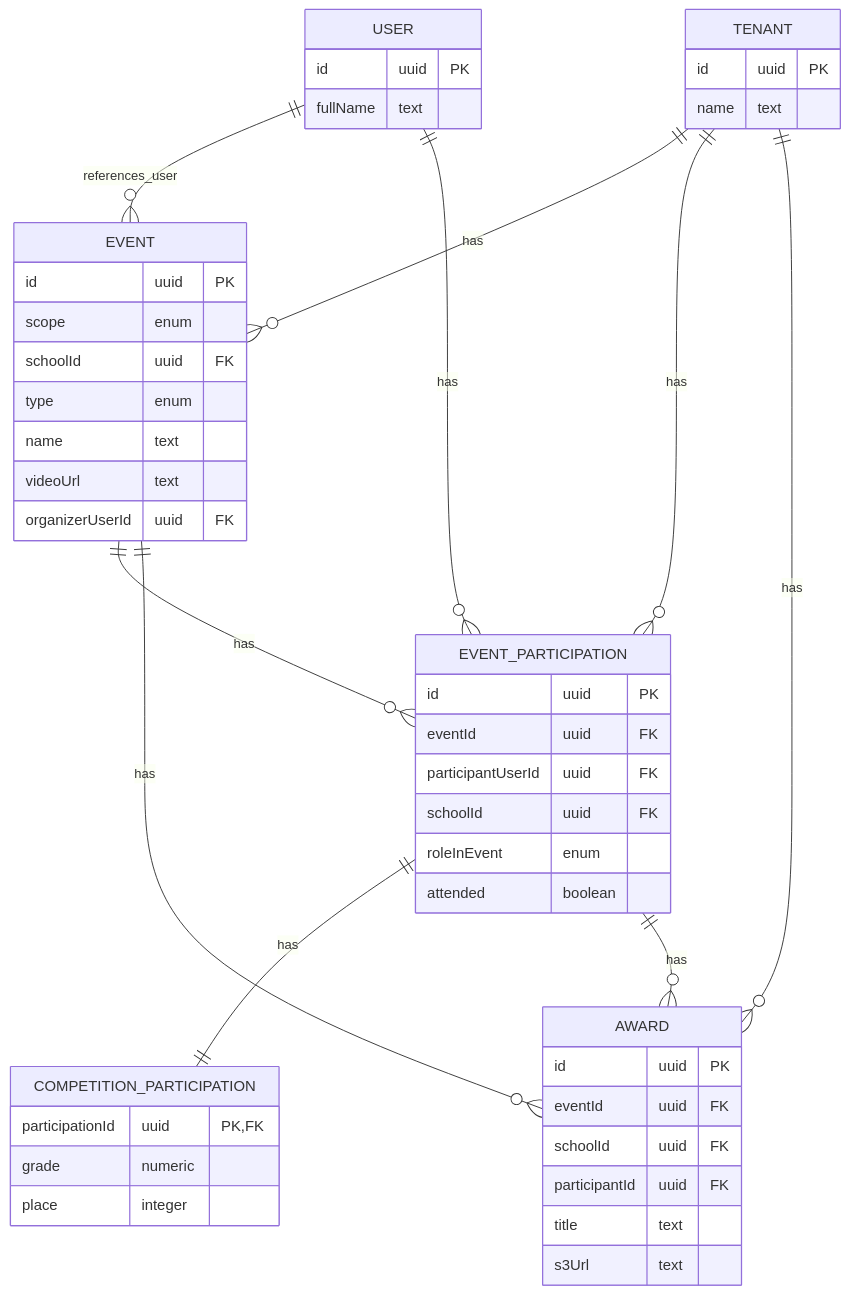
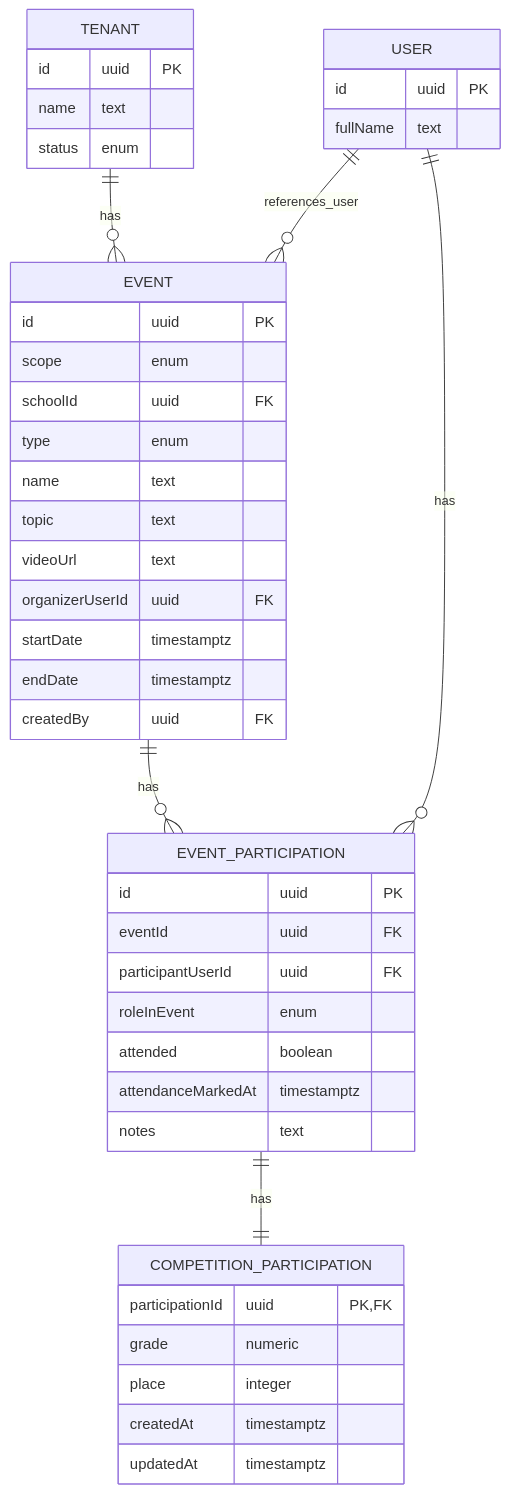
The third of 4 diagrams in architecture-homework/diagrams/erd.md (KaterynaKocheharova/Multi-tenant-architecture), drawn with Mermaid before and after one commit. The commit also changed other lines of this file, not shown here.

````diff
--- a/architecture-homework/diagrams/erd.md
+++ b/architecture-homework/diagrams/erd.md
@@ -224,56 +223,52 @@
 ```mermaid
 erDiagram
+    direction TB
     TENANT {
         id uuid PK
         name text
+        status enum
     }
 
     USER {
         id uuid PK
         fullName text
     }
 
     EVENT {
         id uuid PK
         scope enum
         schoolId uuid FK
         type enum
         name text
+        topic text
         videoUrl text
         organizerUserId uuid FK
+        startDate timestamptz
+        endDate timestamptz
+        createdBy uuid FK
     }
 
     EVENT_PARTICIPATION {
         id uuid PK
         eventId uuid FK
         participantUserId uuid FK
-        schoolId uuid FK
         roleInEvent enum
         attended boolean
+        attendanceMarkedAt timestamptz
+        notes text
     }
 
     COMPETITION_PARTICIPATION {
         participationId uuid PK, FK
         grade numeric
         place integer
-    }
-
-    AWARD {
-        id uuid PK
-        eventId uuid FK
-        schoolId uuid FK
-        participantId uuid FK
-        title text
-        s3Url text
+        createdAt timestamptz
+        updatedAt timestamptz
     }
 
     TENANT ||--o{ EVENT : has
     USER ||--o{ EVENT : references_user
     EVENT ||--o{ EVENT_PARTICIPATION : has
     USER ||--o{ EVENT_PARTICIPATION : has
-    TENANT ||--o{ EVENT_PARTICIPATION : has
     EVENT_PARTICIPATION ||--|| COMPETITION_PARTICIPATION : has
-    EVENT ||--o{ AWARD : has
-    EVENT_PARTICIPATION ||--o{ AWARD : has
-    TENANT ||--o{ AWARD : has
 ```
````
